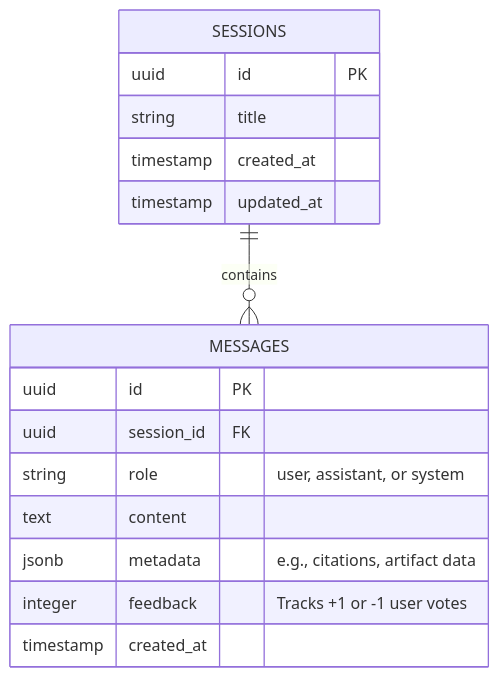
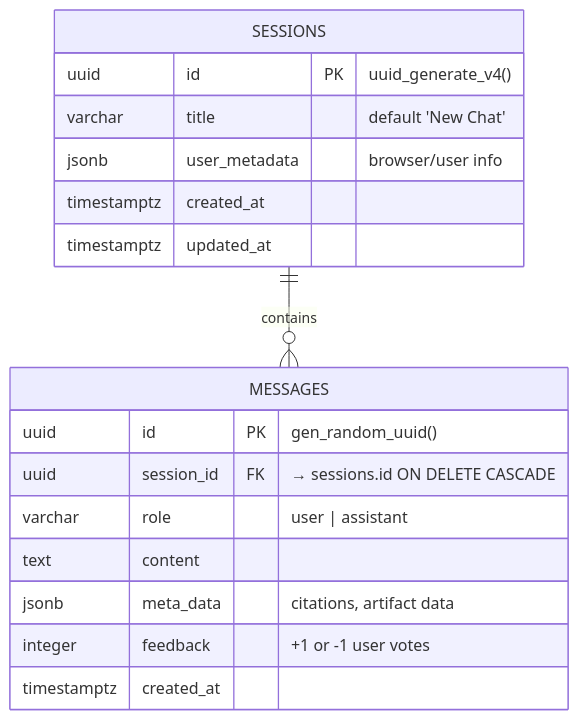
One commit to OnlymeKarthik/lenny-podcast-ai changed the second of 5 diagrams in architecture.md. Above: the diagram before and after it, drawn with Mermaid. The commit also changed other lines of this file and 24 other files, not shown here.

````diff
--- a/architecture.md
+++ b/architecture.md
@@ -46,19 +66,20 @@
 ```mermaid
 erDiagram
     SESSIONS ||--o{ MESSAGES : contains
     SESSIONS {
-        uuid id PK
-        string title
-        timestamp created_at
-        timestamp updated_at
+        uuid id PK "uuid_generate_v4()"
+        varchar title "default 'New Chat'"
+        jsonb user_metadata "browser/user info"
+        timestamptz created_at
+        timestamptz updated_at
     }
     MESSAGES {
-        uuid id PK
-        uuid session_id FK
-        string role "user, assistant, or system"
+        uuid id PK "gen_random_uuid()"
+        uuid session_id FK "→ sessions.id ON DELETE CASCADE"
+        varchar role "user | assistant"
         text content
-        jsonb metadata "e.g., citations, artifact data"
-        integer feedback "Tracks +1 or -1 user votes"
-        timestamp created_at
+        jsonb meta_data "citations, artifact data"
+        integer feedback "+1 or -1 user votes"
+        timestamptz created_at
     }
 ```
````
